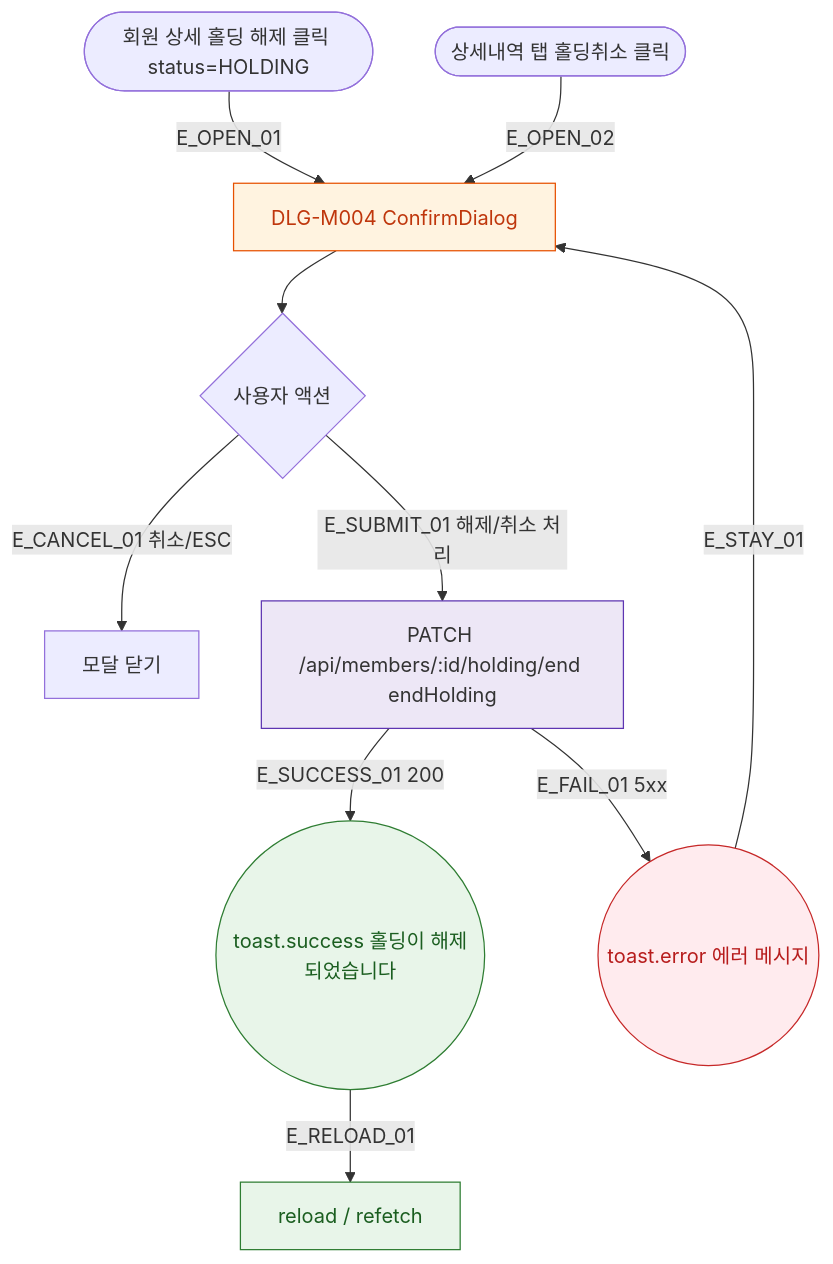
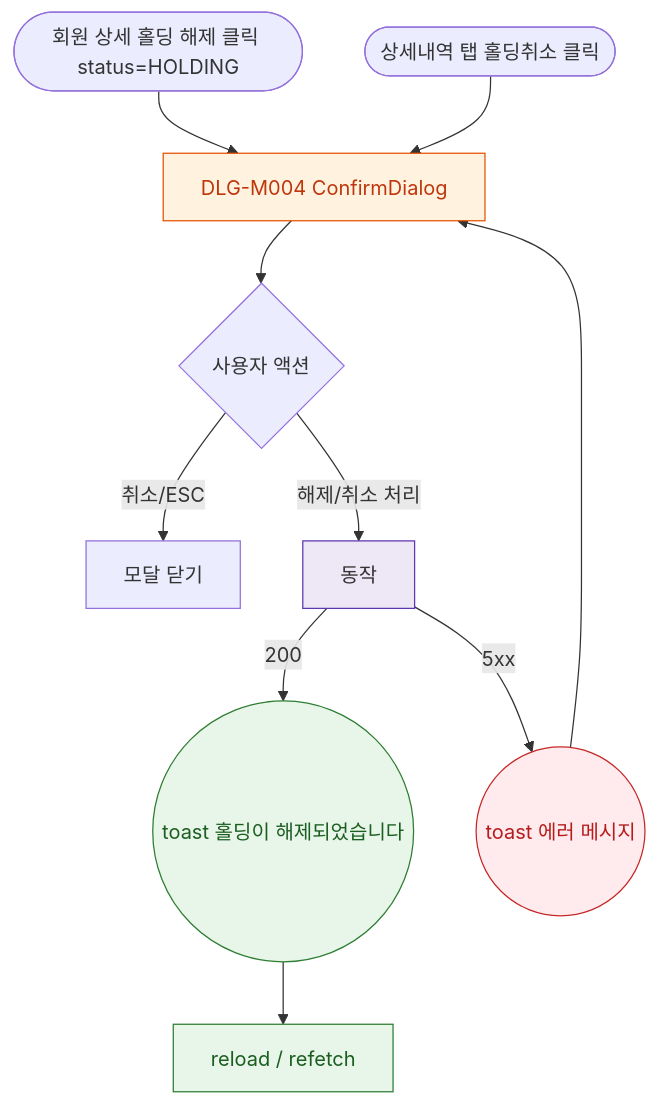
One commit to dev-spogym/admin-pando changed the diagram in docs/다이어그램/D02_회원관리/DLG/DLG-M004_홀딩해제/M1_생명주기.md. Above: the diagram before and after it, drawn with Mermaid. The commit also changed other lines of this file and 1660 other files, not shown here.

First line of the commit message:
다이어그램: 기획자/클라이언트 납품본으로 정리

````diff
--- a/docs/다이어그램/D02_회원관리/DLG/DLG-M004_홀딩해제/M1_생명주기.md
+++ b/docs/다이어그램/D02_회원관리/DLG/DLG-M004_홀딩해제/M1_생명주기.md
@@ -23,29 +21,29 @@
 ```mermaid
 flowchart TD
   TRIGGER_DETAIL([회원 상세 홀딩 해제 클릭 status=HOLDING])
   TRIGGER_TAB([상세내역 탭 홀딩취소 클릭])
 
-  TRIGGER_DETAIL -->|E_OPEN_01| DLG_OPEN[DLG-M004 ConfirmDialog]
-  TRIGGER_TAB    -->|E_OPEN_02| DLG_OPEN
+  TRIGGER_DETAIL --> DLG_OPEN[DLG-M004 ConfirmDialog]
+  TRIGGER_TAB --> DLG_OPEN
 
   DLG_OPEN --> USER_ACT{사용자 액션}
 
-  USER_ACT -->|E_CANCEL_01 취소/ESC| CLOSE[모달 닫기]
-  USER_ACT -->|E_SUBMIT_01 해제/취소 처리| API_CALL[PATCH /api/members/:id/holding/end endHolding]
+  USER_ACT -->|취소/ESC|CLOSE[모달 닫기]
+  USER_ACT -->|해제/취소 처리|API_CALL[동작]
 
-  API_CALL -->|E_SUCCESS_01 200| TOAST_OK((toast.success 홀딩이 해제되었습니다))
-  TOAST_OK -->|E_RELOAD_01| RELOAD[reload / refetch]
+  API_CALL -->|200|TOAST_OK((toast 홀딩이 해제되었습니다))
+  TOAST_OK --> RELOAD[reload / refetch]
 
-  API_CALL -->|E_FAIL_01 5xx| TOAST_ERR((toast.error 에러 메시지))
-  TOAST_ERR -->|E_STAY_01| DLG_OPEN
+  API_CALL -->|5xx|TOAST_ERR((toast 에러 메시지))
+  TOAST_ERR --> DLG_OPEN
 
-  classDef modal   fill:#FFF3E0,stroke:#E65100,color:#BF360C
+  classDef modal fill:#FFF3E0,stroke:#E65100,color:#BF360C
   classDef success fill:#E8F5E9,stroke:#2E7D32,color:#1B5E20
-  classDef error   fill:#FFEBEE,stroke:#C62828,color:#B71C1C
-  classDef system  fill:#EDE7F6,stroke:#5E35B2
+  classDef error fill:#FFEBEE,stroke:#C62828,color:#B71C1C
+  classDef system fill:#EDE7F6,stroke:#5E35B2
 
   class DLG_OPEN modal
   class TOAST_OK,RELOAD success
   class TOAST_ERR error
   class API_CALL system
 ```
````
